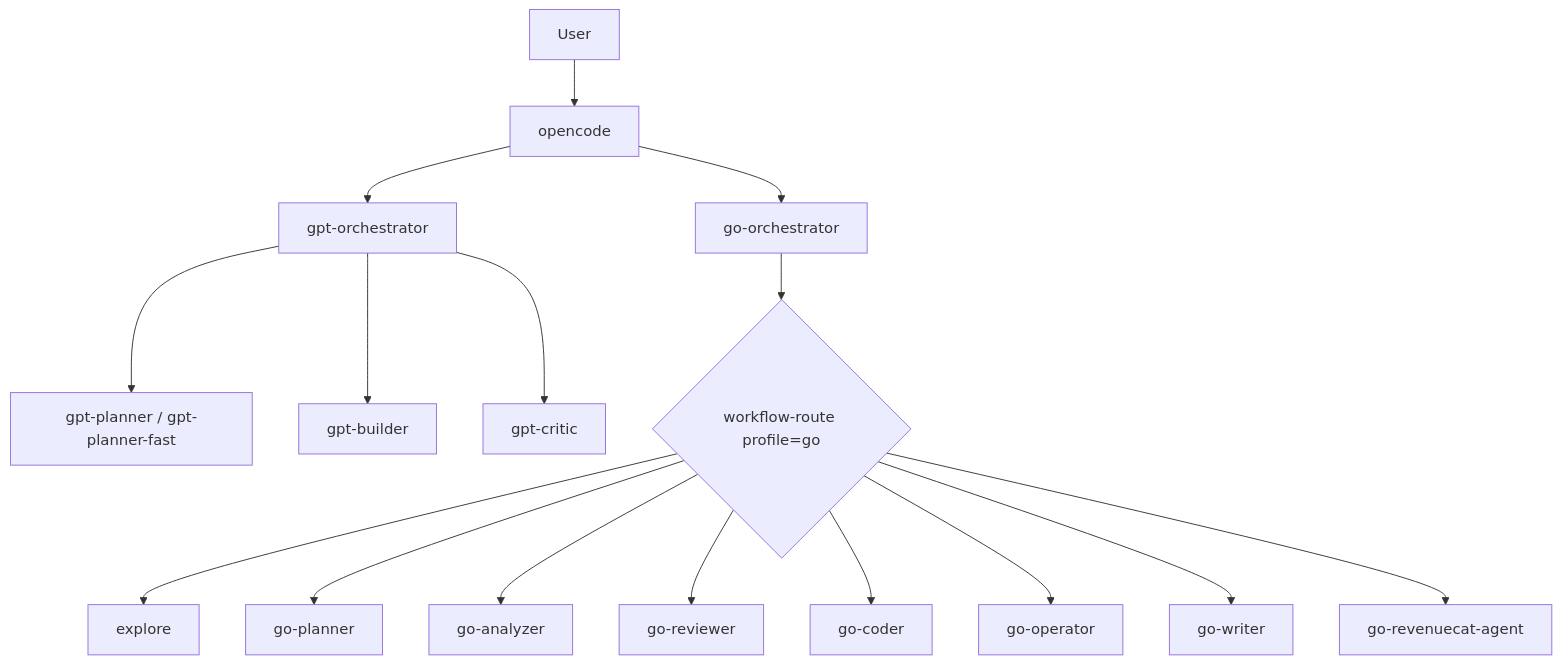
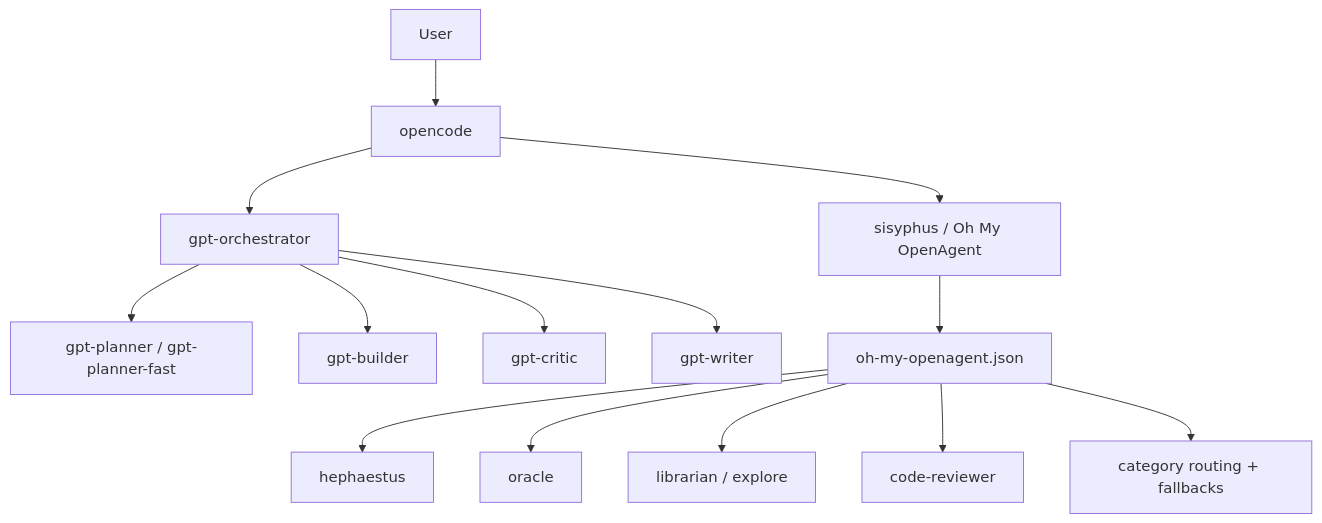
Before and after one commit to bpinheiroms/my-setup: the diagram in opencode/WORKFLOW_DIAGRAM.md, drawn with Mermaid. The commit also changed other lines of this file and 13 other files, not shown here.

````diff
--- a/opencode/WORKFLOW_DIAGRAM.md
+++ b/opencode/WORKFLOW_DIAGRAM.md
@@ -3,20 +3,18 @@
 ```mermaid
 flowchart TD
     U[User] --> O[opencode]
     O --> G[gpt-orchestrator]
-    O --> GO[go-orchestrator]
+    O --> S[sisyphus / Oh My OpenAgent]
 
     G --> GP[gpt-planner / gpt-planner-fast]
     G --> GB[gpt-builder]
     G --> GC[gpt-critic]
+    G --> GW[gpt-writer]
 
-    GO --> GR{workflow-route profile=go}
-    GR --> GE[explore]
-    GR --> GPL[go-planner]
-    GR --> GA[go-analyzer]
-    GR --> GV[go-reviewer]
-    GR --> GCOD[go-coder]
-    GR --> GOP[go-operator]
-    GR --> GW[go-writer]
-    GR --> GRC[go-revenuecat-agent]
+    S --> OMO[oh-my-openagent.json]
+    OMO --> H[hephaestus]
+    OMO --> OR[oracle]
+    OMO --> L[librarian / explore]
+    OMO --> CR[code-reviewer]
+    OMO --> C[category routing + fallbacks]
 ```
````
